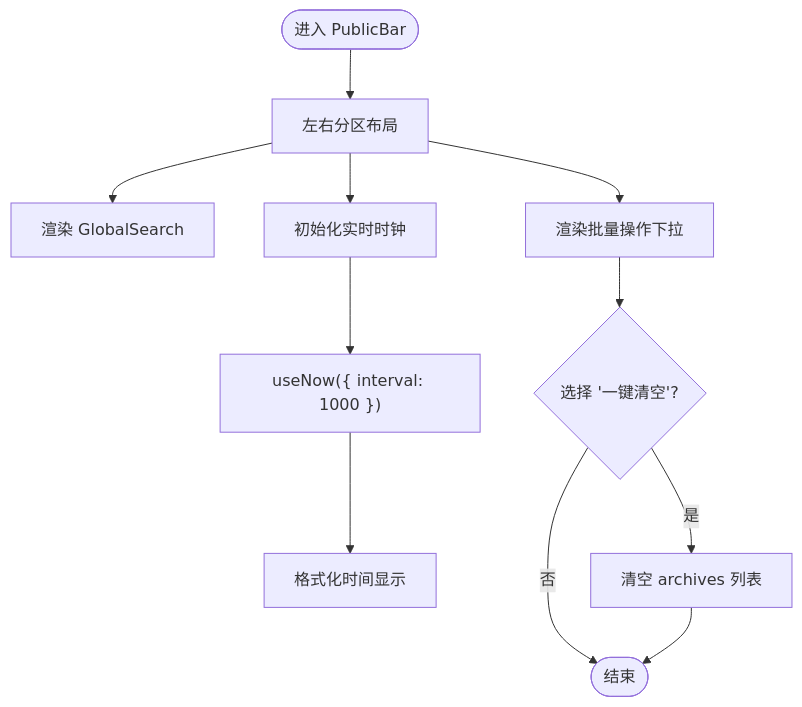
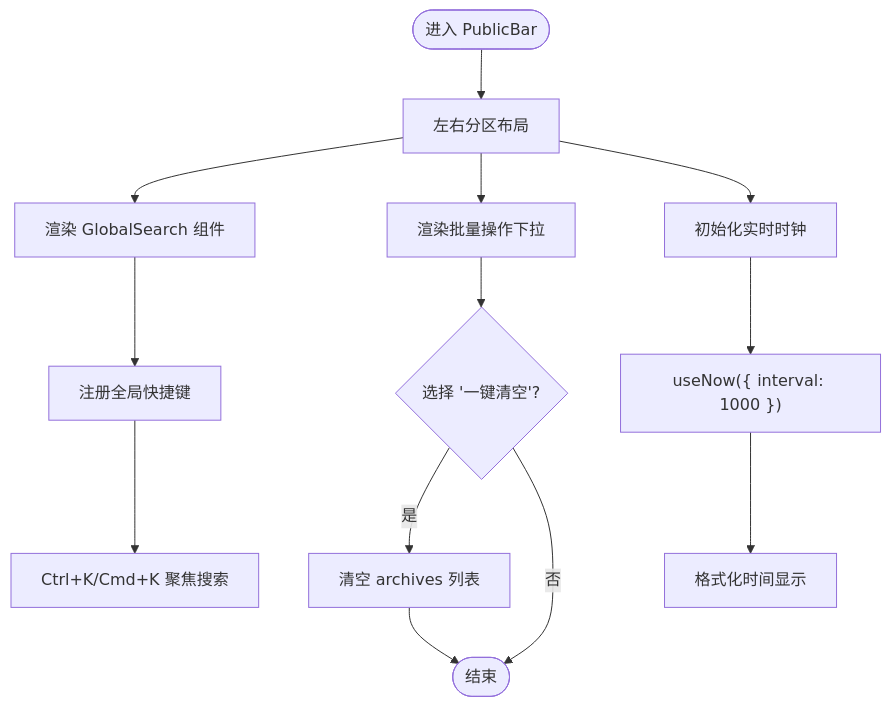
The third of 7 diagrams in .qoder/repowiki/zh/content/用户界面/核心组件/公共栏组件.md (taoweidong/Hello-Tauri), drawn with Mermaid before and after one commit. The commit also changed other lines of this file and 67 other files, not shown here.

````diff
--- a/.qoder/repowiki/zh/content/用户界面/核心组件/公共栏组件.md
+++ b/.qoder/repowiki/zh/content/用户界面/核心组件/公共栏组件.md
@@ -140,13 +156,15 @@
 ```mermaid
 flowchart TD
 Start(["进入 PublicBar"]) --> Layout["左右分区布局"]
-Layout --> Search["渲染 GlobalSearch"]
+Layout --> Search["渲染 GlobalSearch 组件"]
 Layout --> Batch["渲染批量操作下拉"]
 Layout --> Clock["初始化实时时钟"]
 Clock --> UseNow["useNow({ interval: 1000 })"]
 UseNow --> Format["格式化时间显示"]
 Batch --> Clear{"选择 '一键清空'?"}
 Clear --> |是| Reset["清空 archives 列表"]
 Clear --> |否| End(["结束"])
 Reset --> End
+Search --> Keyboard["注册全局快捷键"]
+Keyboard --> Focus["Ctrl+K/Cmd+K 聚焦搜索"]
 ```
````
